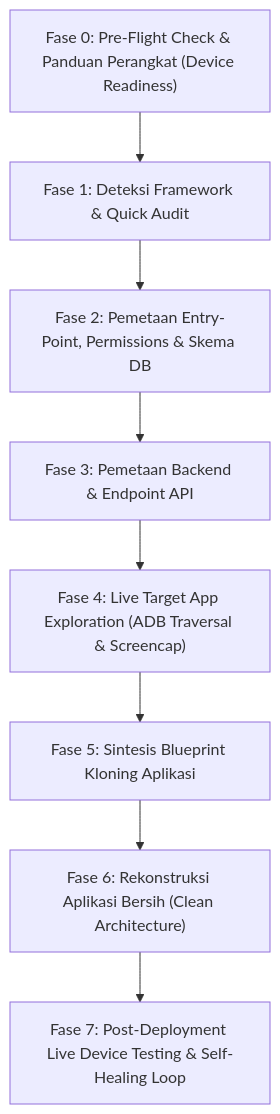
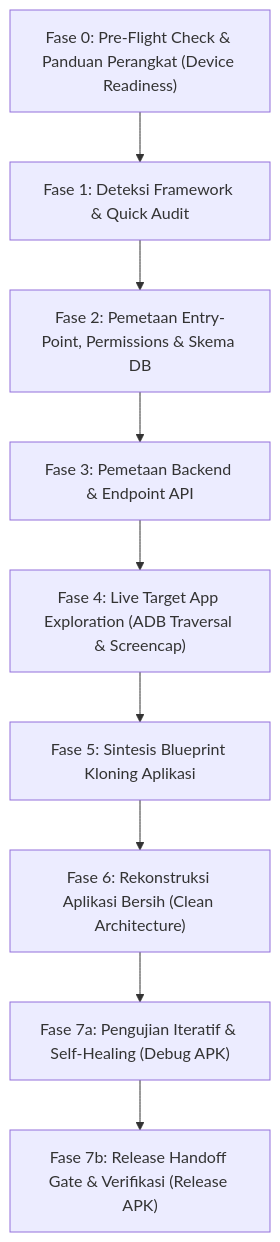
Before and after one commit to rafyaditya/apkx: the diagram in apk_extractor/data/skills/apkx-android-blueprint/SKILL.md, drawn with Mermaid. The commit also changed other lines of this file and 10 other files, not shown here.

````diff
--- a/apk_extractor/data/skills/apkx-android-blueprint/SKILL.md
+++ b/apk_extractor/data/skills/apkx-android-blueprint/SKILL.md
@@ -23,10 +26,11 @@
 ```mermaid
 flowchart TD
     P0["Fase 0: Pre-Flight Check & Panduan Perangkat (Device Readiness)"] --> P1["Fase 1: Deteksi Framework & Quick Audit"]
     P1 --> P2["Fase 2: Pemetaan Entry-Point, Permissions & Skema DB"]
     P2 --> P3["Fase 3: Pemetaan Backend & Endpoint API"]
     P3 --> P4["Fase 4: Live Target App Exploration (ADB Traversal & Screencap)"]
     P4 --> P5["Fase 5: Sintesis Blueprint Kloning Aplikasi"]
     P5 --> P6["Fase 6: Rekonstruksi Aplikasi Bersih (Clean Architecture)"]
-    P6 --> P7["Fase 7: Post-Deployment Live Device Testing & Self-Healing Loop"]
+    P6 --> P7a["Fase 7a: Pengujian Iteratif & Self-Healing (Debug APK)"]
+    P7a --> P7b["Fase 7b: Release Handoff Gate & Verifikasi (Release APK)"]
 ```
````
